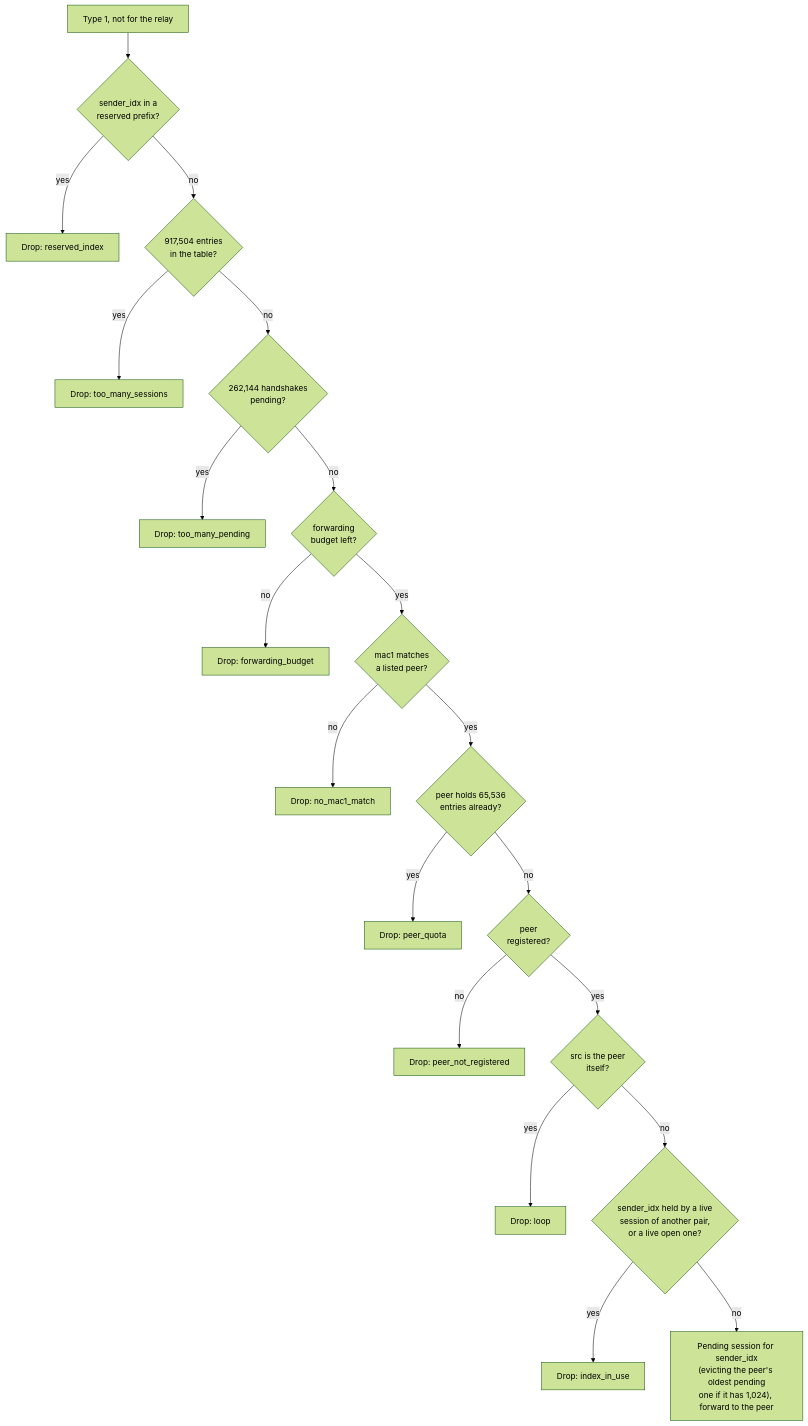
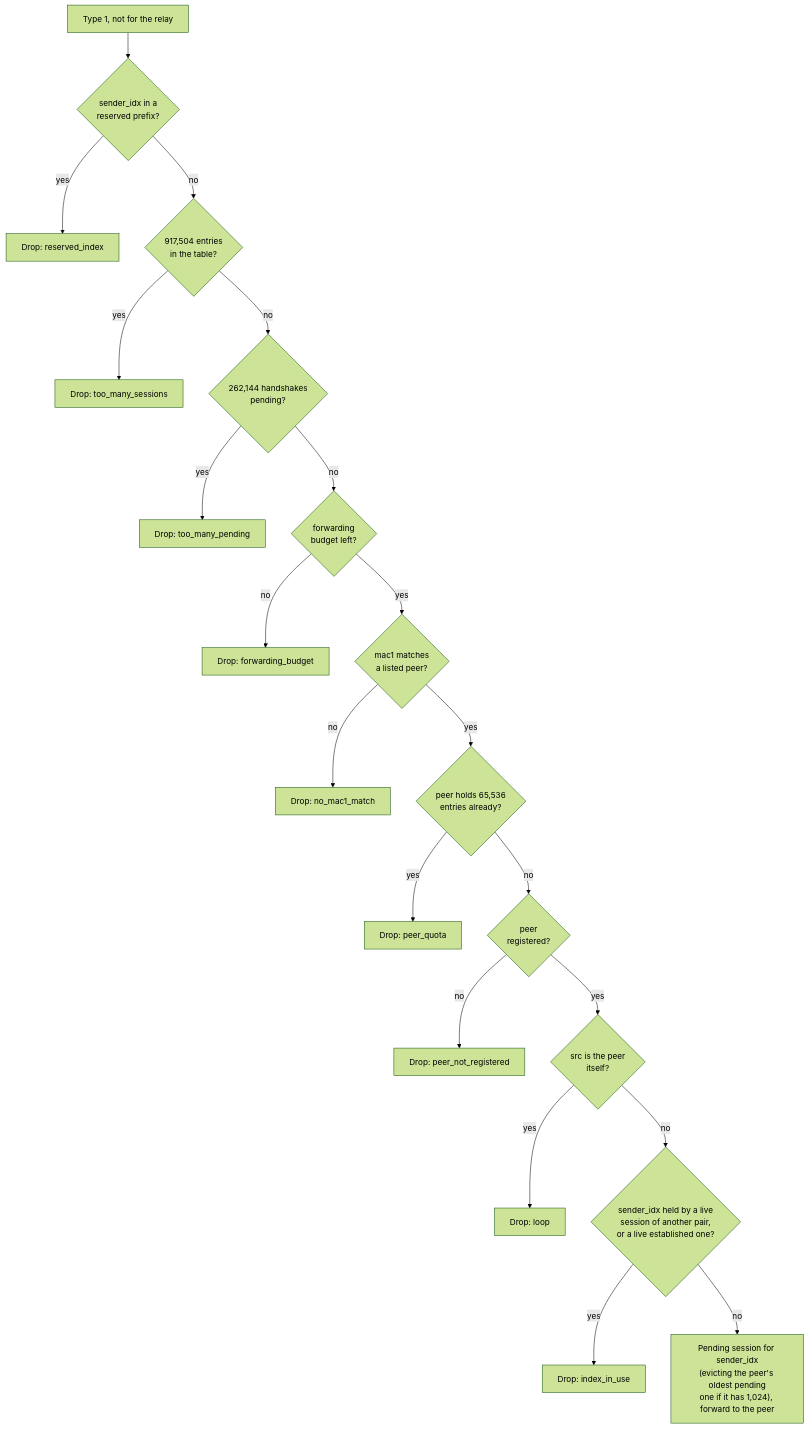
One commit to 3alpha/wg-relay changed diagram 16 of 23 in docs/how-it-works.md. Above: the diagram before and after it, drawn with Mermaid (forest theme). The commit also changed other lines of this file and 16 other files, not shown here.

First line of the commit message:
refactor(tables): call the open session state established

````diff
--- a/docs/how-it-works.md
+++ b/docs/how-it-works.md
@@ -582,22 +582,22 @@
 ```mermaid
 flowchart TD
     A["Type 1, not for the relay"] --> R{"sender_idx in a<br/>reserved prefix?"}
     R -- yes --> X0["Drop: reserved_index"]
     R -- no --> F{"917,504 entries<br/>in the table?"}
     F -- yes --> X7["Drop: too_many_sessions"]
     F -- no --> G{"262,144 handshakes<br/>pending?"}
     G -- yes --> X5["Drop: too_many_pending"]
     G -- no --> BG{"forwarding<br/>budget left?"}
     BG -- no --> X6["Drop: forwarding_budget"]
     BG -- yes --> B{"mac1 matches<br/>a listed peer?"}
     B -- no --> X1["Drop: no_mac1_match"]
     B -- yes --> Q{"peer holds 65,536<br/>entries already?"}
     Q -- yes --> X8["Drop: peer_quota"]
     Q -- no --> C{"peer<br/>registered?"}
     C -- no --> X2["Drop: peer_not_registered"]
     C -- yes --> L{"src is the peer<br/>itself?"}
     L -- yes --> X3["Drop: loop"]
-    L -- no --> U{"sender_idx held by a live<br/>session of another pair,<br/>or a live open one?"}
+    L -- no --> U{"sender_idx held by a live<br/>session of another pair,<br/>or a live established one?"}
     U -- yes --> X4["Drop: index_in_use"]
     U -- no --> OK["Pending session for sender_idx<br/>(evicting the peer's oldest pending<br/>one if it has 1,024), forward to the peer"]
 ```
````
